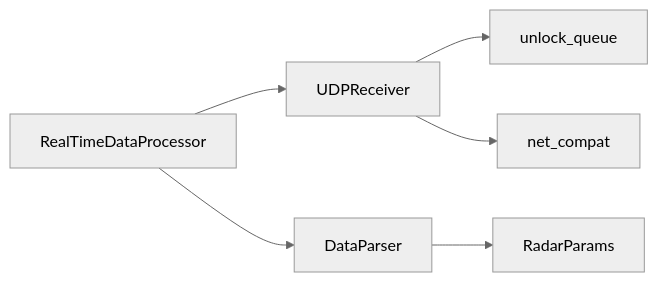
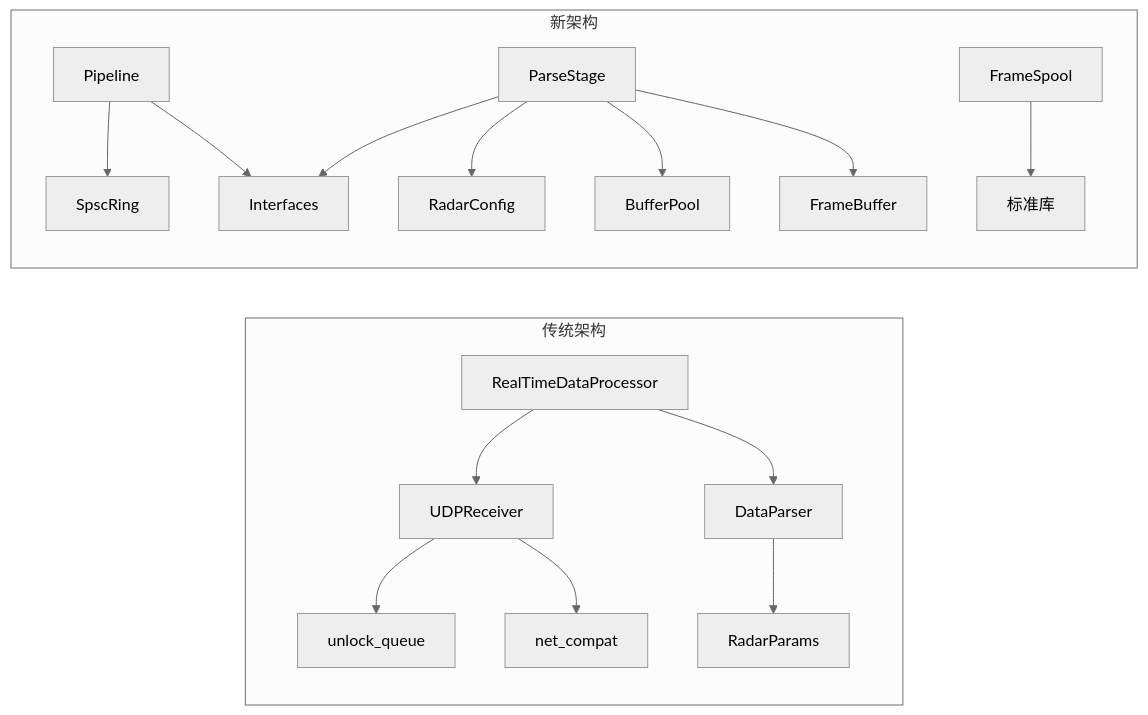
The sixth of 6 diagrams in .qoder/repowiki/zh/content/实时处理流水线与数据流.md (Lukad77/awr1843-radar-toolkit), drawn with Mermaid (neutral theme) before and after one commit. The commit also changed other lines of this file and 11 other files, not shown here.

````diff
--- a/.qoder/repowiki/zh/content/实时处理流水线与数据流.md
+++ b/.qoder/repowiki/zh/content/实时处理流水线与数据流.md
@@ -267,8 +397,19 @@
 ```mermaid
 graph LR
+subgraph "传统架构"
 RTP["RealTimeDataProcessor"] --> UDR["UDPReceiver"]
 RTP --> DP["DataParser"]
 UDR --> NQ["unlock_queue"]
 UDR --> NC["net_compat"]
 DP --> RP["RadarParams"]
+end
+subgraph "新架构"
+PL["Pipeline"] --> SR["SpscRing"]
+PL --> IF["Interfaces"]
+PS["ParseStage"] --> RC["RadarConfig"]
+PS --> BP["BufferPool"]
+PS --> FB["FrameBuffer"]
+PS --> IF
+FS["FrameSpool"] --> STD["标准库"]
+end
 ```
````
